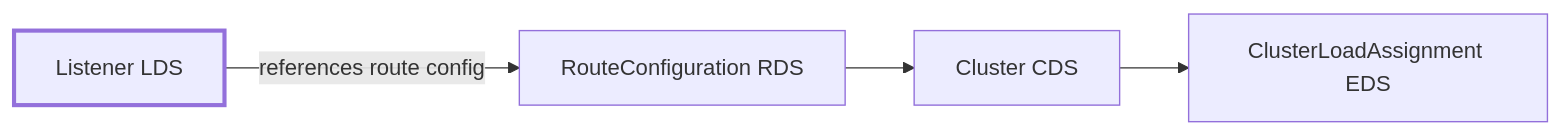
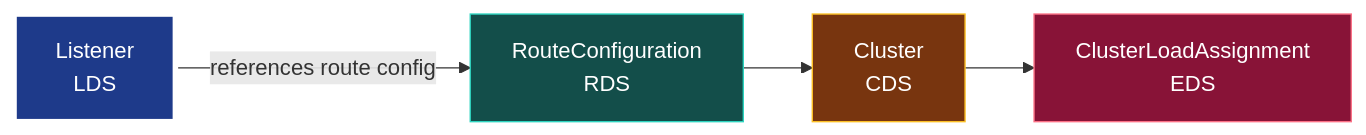
One commit to 0-draft/envoy-xds-deep-dive changed the diagram in docs/03-lds/README.md. Above: the diagram before and after it, drawn with Mermaid. The commit also changed 27 other files, not shown here.

First line of the commit message:
docs: semantic color, distinct shapes, and a11y metadata for all mermaid diagrams

````diff
--- a/docs/03-lds/README.md
+++ b/docs/03-lds/README.md
@@ -9,7 +9,17 @@
 ```mermaid
 flowchart LR
-    L[Listener LDS] -- references route config --> R[RouteConfiguration RDS]
-    R --> C[Cluster CDS]
-    C --> E[ClusterLoadAssignment EDS]
-    style L stroke-width:3px
+    accTitle: Where LDS sits in the dependency chain
+    accDescr: The Listener, served by LDS, is highlighted at the top of the chain. It references a RouteConfiguration, then a Cluster, then a ClusterLoadAssignment.
+    L[Listener<br/>LDS] -- references route config --> R[RouteConfiguration<br/>RDS]
+    R --> C[Cluster<br/>CDS]
+    C --> E[ClusterLoadAssignment<br/>EDS]
+    class L lds
+    class R rds
+    class C cds
+    class E eds
+    style L stroke:#fff,stroke-width:4px
+    classDef lds fill:#1e3a8a,stroke:#60a5fa,color:#fff
+    classDef rds fill:#134e4a,stroke:#2dd4bf,color:#fff
+    classDef cds fill:#78350f,stroke:#fbbf24,color:#fff
+    classDef eds fill:#881337,stroke:#fb7185,color:#fff
 ```
````
